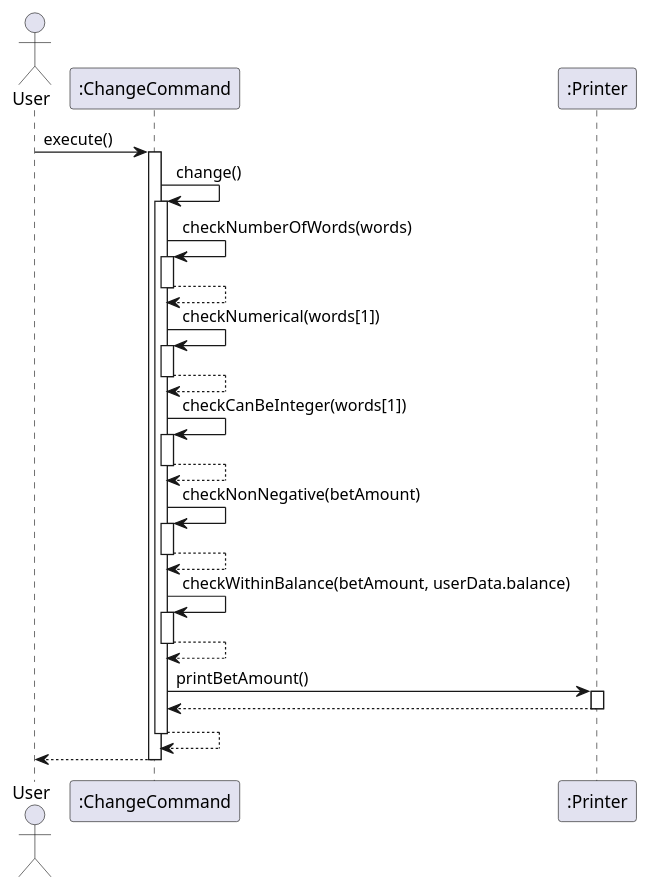
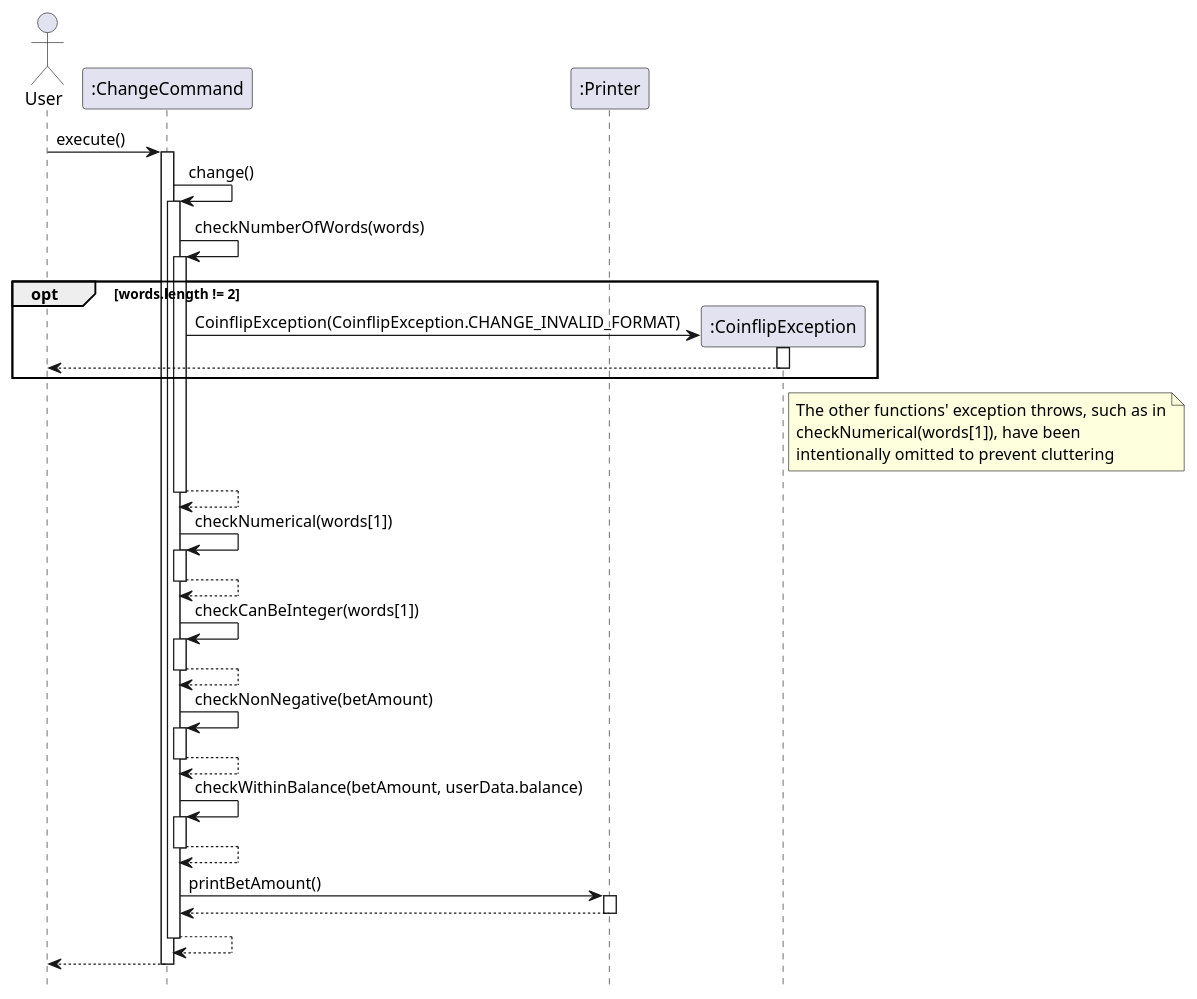
The diagram in docs/diagrams/change.puml (timothyloh0523/tp), drawn with PlantUML before and after one commit. The commit also changed 16 other files, not shown here.

```diff
--- a/docs/diagrams/change.puml
+++ b/docs/diagrams/change.puml
@@ -1,41 +1,55 @@
 @startuml
 actor User as User
+hide footbox
 participant ChangeCommand as ":ChangeCommand"
 participant Printer as ":Printer"
+participant CoinflipException as ":CoinflipException"
 
 User -> ChangeCommand: execute()
 activate ChangeCommand
 
 
 ChangeCommand -> ChangeCommand: change()
 activate ChangeCommand
 ChangeCommand -> ChangeCommand: checkNumberOfWords(words)
 activate ChangeCommand
+opt words.length != 2
+create CoinflipException
+ChangeCommand -> CoinflipException : CoinflipException(CoinflipException.CHANGE_INVALID_FORMAT)
+activate CoinflipException
+CoinflipException --> User
+deactivate CoinflipException
+end
+note right of CoinflipException
+The other functions' exception throws, such as in
+checkNumerical(words[1]), have been
+intentionally omitted to prevent cluttering
+end note
 ChangeCommand --> ChangeCommand
 deactivate ChangeCommand
 ChangeCommand -> ChangeCommand: checkNumerical(words[1])
 activate ChangeCommand
 ChangeCommand --> ChangeCommand
 deactivate ChangeCommand
 ChangeCommand -> ChangeCommand: checkCanBeInteger(words[1])
 activate ChangeCommand
 ChangeCommand --> ChangeCommand
 deactivate ChangeCommand
 ChangeCommand -> ChangeCommand: checkNonNegative(betAmount)
 activate ChangeCommand
 ChangeCommand --> ChangeCommand
 deactivate ChangeCommand
 ChangeCommand -> ChangeCommand: checkWithinBalance(betAmount, userData.balance)
 activate ChangeCommand
 ChangeCommand --> ChangeCommand
 deactivate ChangeCommand
 
 ChangeCommand -> Printer: printBetAmount()
 activate Printer
 Printer --> ChangeCommand
 deactivate Printer
 ChangeCommand --> ChangeCommand
 deactivate ChangeCommand
 ChangeCommand --> User
 deactivate ChangeCommand
 @enduml
```
